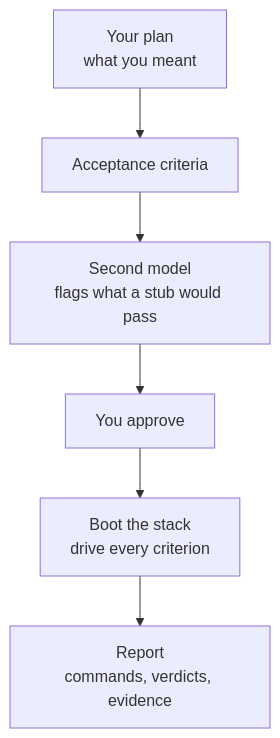
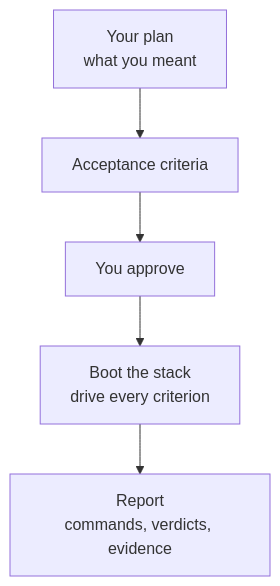
Before and after one commit to opslane/verify: the first of 2 diagrams in docs/talk/README.md, drawn with Mermaid.

````diff
--- a/docs/talk/README.md
+++ b/docs/talk/README.md
@@ -41,11 +41,10 @@
 ```mermaid
 flowchart TD
     plan["Your plan<br>what you meant"]
     ac["Acceptance criteria"]
-    codex["Second model<br>flags what a stub would pass"]
     you["You approve"]
     run["Boot the stack<br>drive every criterion"]
     rep["Report<br>commands, verdicts, evidence"]
 
-    plan --> ac --> codex --> you --> run --> rep
+    plan --> ac --> you --> run --> rep
 ```
````
